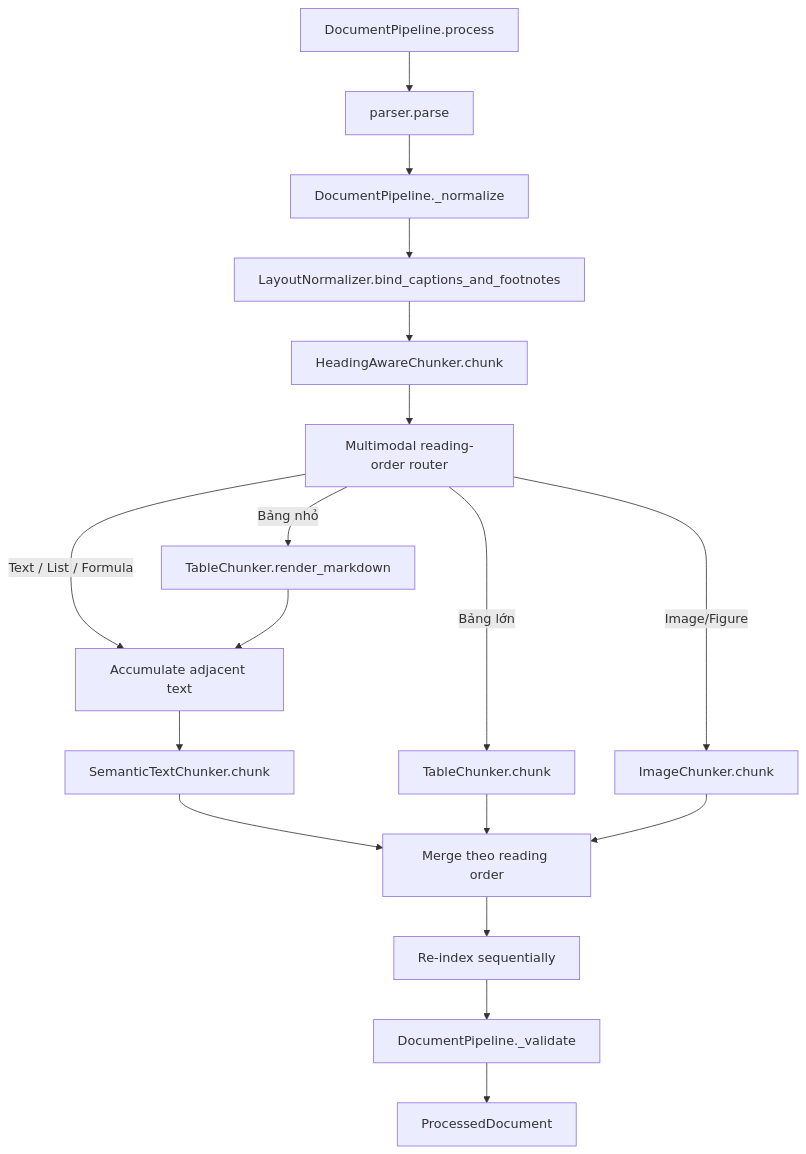
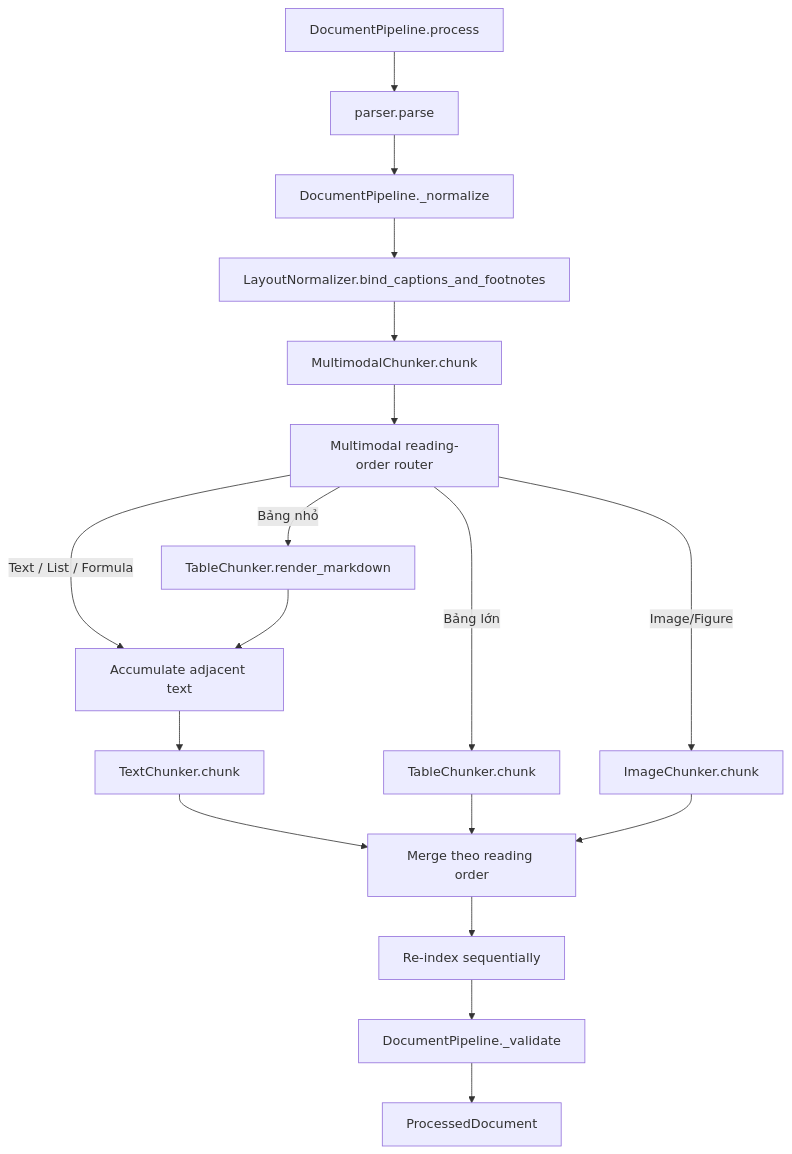
Before and after one commit to NDQuynh259/ragflow-api: the first of 5 diagrams in docs/chunking_call_flow.md, drawn with Mermaid. The commit also changed other lines of this file and 17 other files, not shown here.

First line of the commit message:
Refactor chunking architecture: Rename HeadingAwareChunker to MultimodalChunker

````diff
--- a/docs/chunking_call_flow.md
+++ b/docs/chunking_call_flow.md
@@ -20,25 +20,25 @@
 ```mermaid
 flowchart TD
     A[DocumentPipeline.process] --> B[parser.parse]
     B --> C[DocumentPipeline._normalize]
     C --> D[LayoutNormalizer.bind_captions_and_footnotes]
-    D --> E[HeadingAwareChunker.chunk]
+    D --> E[MultimodalChunker.chunk]
     E --> F[Multimodal reading-order router]
 
     F -->|Text / List / Formula| G[Accumulate adjacent text]
-    G --> H[SemanticTextChunker.chunk]
+    G --> H[TextChunker.chunk]
 
     F -->|Bảng nhỏ| I[TableChunker.render_markdown]
     I --> G
     F -->|Bảng lớn| J[TableChunker.chunk]
     F -->|Image/Figure| K[ImageChunker.chunk]
 
     H --> L[Merge theo reading order]
     J --> L
     K --> L
 
     L --> M[Re-index sequentially]
 
     M --> N[DocumentPipeline._validate]
     N --> O[ProcessedDocument]
 ```
````
